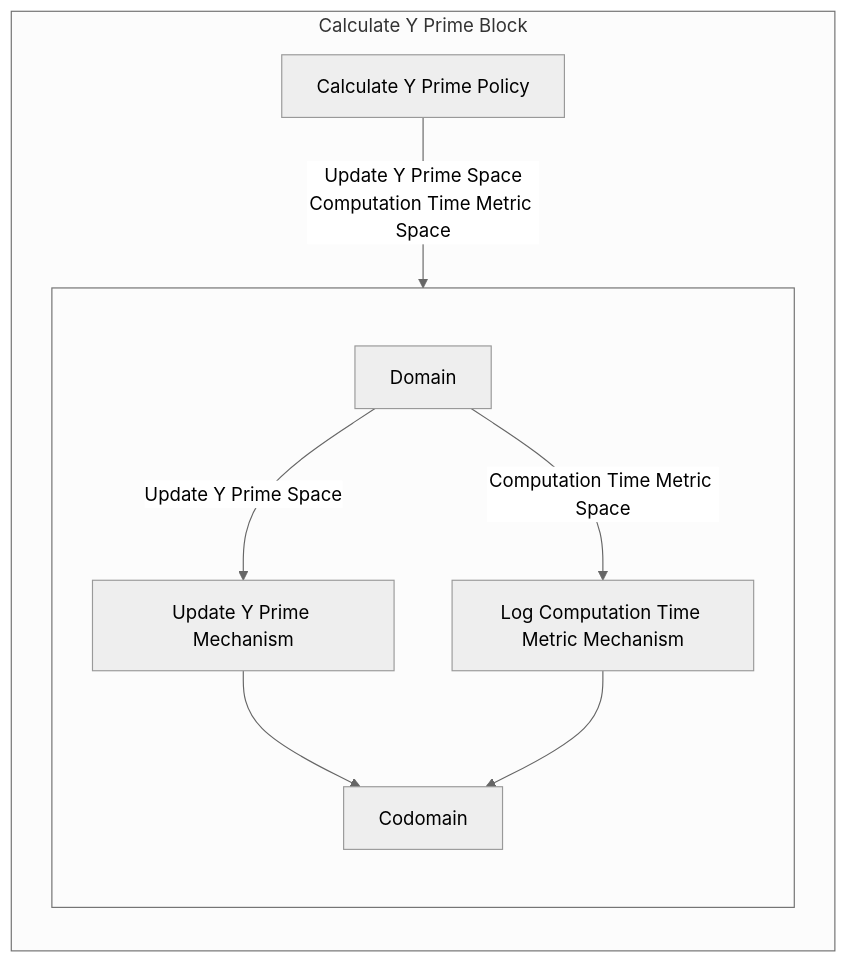
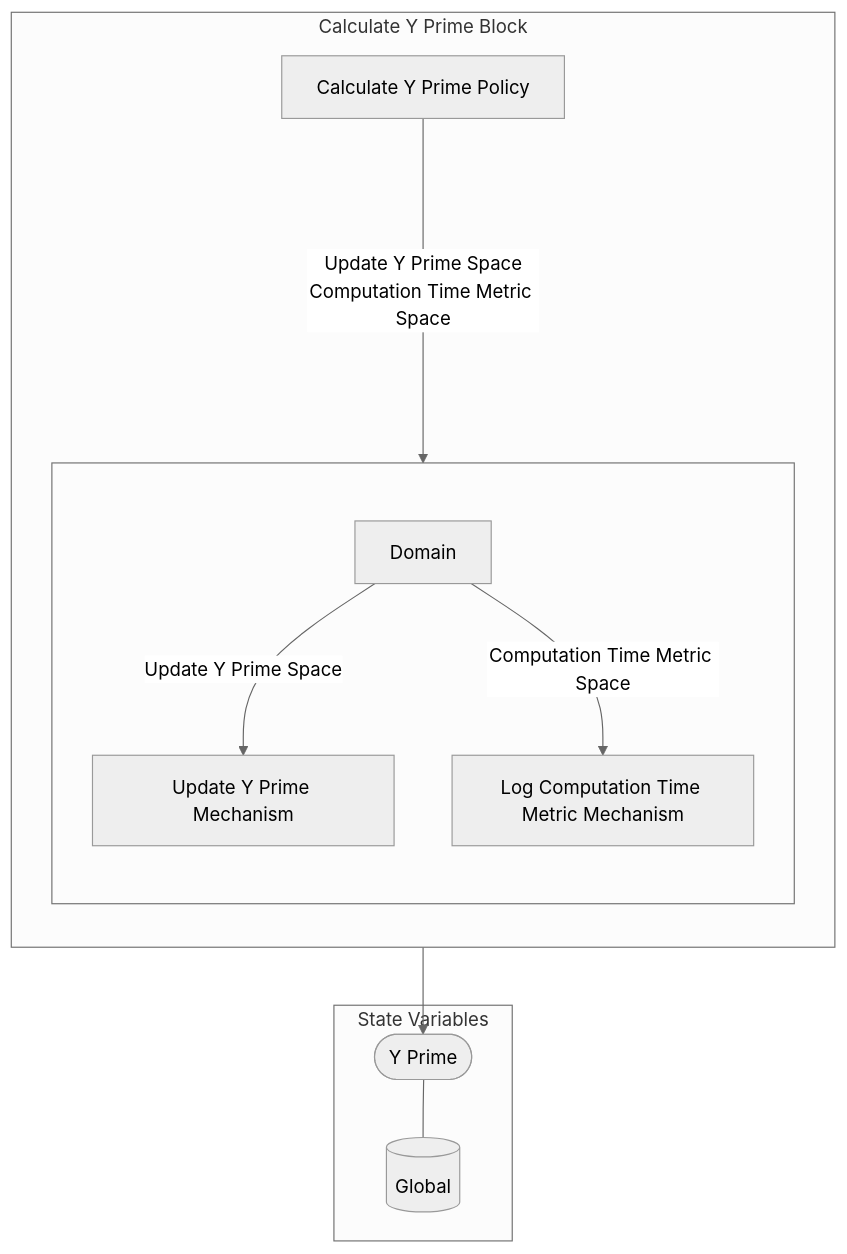
One commit to SeanMcOwen/Root-Finding-Simulation changed the diagram in MSML/reports/Markdown/Wiring/Calculate Y Prime Block.md. Above: the diagram before and after it, drawn with Mermaid (neutral theme). The commit also changed other lines of this file and 24 other files, not shown here.

````diff
--- a/MSML/reports/Markdown/Wiring/Calculate Y Prime Block.md
+++ b/MSML/reports/Markdown/Wiring/Calculate Y Prime Block.md
@@ -3,22 +3,28 @@
 ```mermaid
 graph TB
-subgraph X7[Calculate Y Prime Block]
+
+subgraph SVS["State Variables"]
+EE0[("Global")]
+EES0(["Y Prime"])
+EES0 --- EE0
+end
+
+subgraph X7["Calculate Y Prime Block"]
 direction TB
-X1[Calculate Y Prime Policy]
-subgraph X6[ ]
+X1["Calculate Y Prime Policy"]
+subgraph X6[" "]
 direction TB
-X2[Update Y Prime Mechanism]
-X3[Log Computation Time Metric Mechanism]
+X2["Update Y Prime Mechanism"]
+X2 --> EES0
+X3["Log Computation Time Metric Mechanism"]
 X4[Domain]
-X5[Codomain]
+
 direction LR
 direction TB
 X4 --"Update Y Prime Space"--> X2
 X4 --"Computation Time Metric Space"--> X3
-X2 --> X5
-X3 --> X5
 end
 X1--"Update Y Prime Space
-Computation Time Metric Space"-->X6
+Computation Time Metric Space"---->X6
 end
 ```
````
